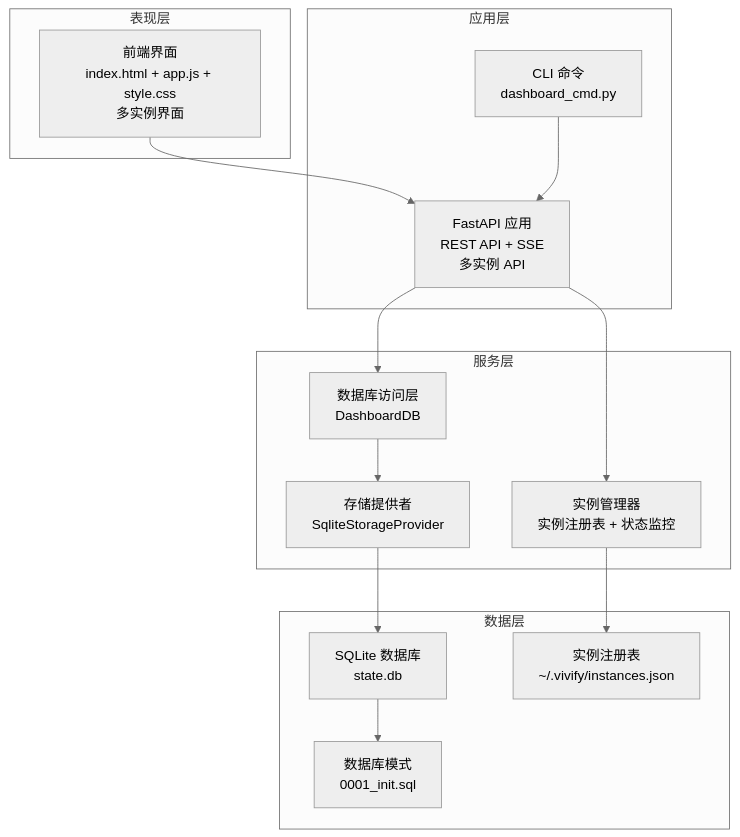
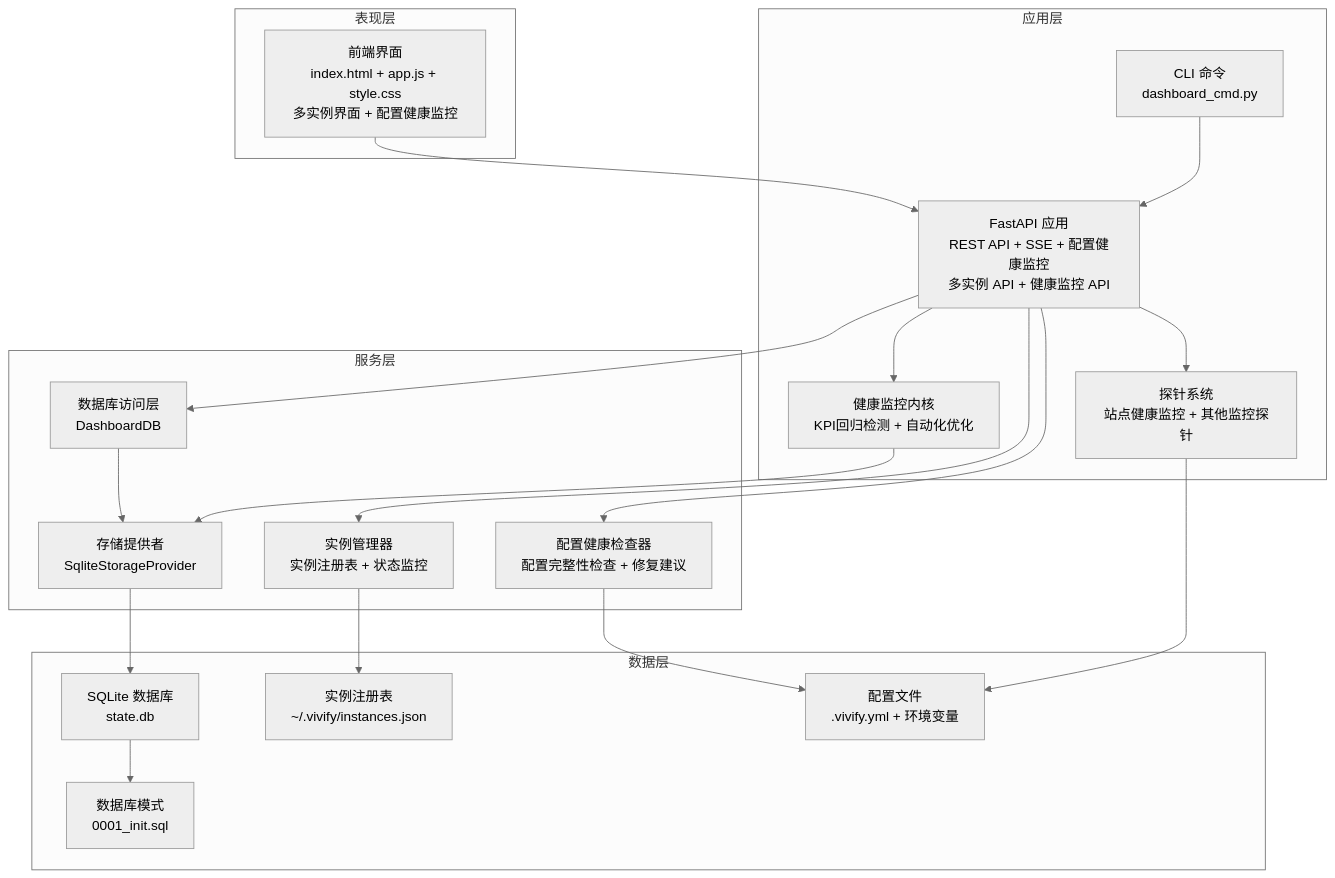
One commit to pinsonchen/vivify changed the second of 15 diagrams in .qoder/repowiki/zh/content/技术实现参考/Web仪表板系统.md. Above: the diagram before and after it, drawn with Mermaid (neutral theme). The commit also changed other lines of this file and 5 other files, not shown here.

````diff
--- a/.qoder/repowiki/zh/content/技术实现参考/Web仪表板系统.md
+++ b/.qoder/repowiki/zh/content/技术实现参考/Web仪表板系统.md
@@ -150,28 +162,38 @@
 ```mermaid
 graph TB
 subgraph "表现层"
-Frontend["前端界面<br/>index.html + app.js + style.css<br/>多实例界面"]
+Frontend["前端界面<br/>index.html + app.js + style.css<br/>多实例界面 + 配置健康监控"]
 end
 subgraph "应用层"
-API["FastAPI 应用<br/>REST API + SSE<br/>多实例 API"]
+API["FastAPI 应用<br/>REST API + SSE + 配置健康监控<br/>多实例 API + 健康监控 API"]
 Commands["CLI 命令<br/>dashboard_cmd.py"]
+HealthKernel["健康监控内核<br/>KPI回归检测 + 自动化优化"]
+Probes["探针系统<br/>站点健康监控 + 其他监控探针"]
 end
 subgraph "服务层"
 DBLayer["数据库访问层<br/>DashboardDB"]
 Storage["存储提供者<br/>SqliteStorageProvider"]
 InstanceMgr["实例管理器<br/>实例注册表 + 状态监控"]
+ConfigHealth["配置健康检查器<br/>配置完整性检查 + 修复建议"]
 end
 subgraph "数据层"
 SQLiteDB["SQLite 数据库<br/>state.db"]
 Schema["数据库模式<br/>0001_init.sql"]
 InstanceRegistry["实例注册表<br/>~/.vivify/instances.json"]
+ConfigFile["配置文件<br/>.vivify.yml + 环境变量"]
 end
 Frontend --> API
 Commands --> API
 API --> DBLayer
 API --> InstanceMgr
+API --> HealthKernel
+API --> ConfigHealth
+API --> Probes
 DBLayer --> Storage
 Storage --> SQLiteDB
 InstanceMgr --> InstanceRegistry
+ConfigHealth --> ConfigFile
+HealthKernel --> Storage
+Probes --> ConfigFile
 SQLiteDB --> Schema
 ```
````
